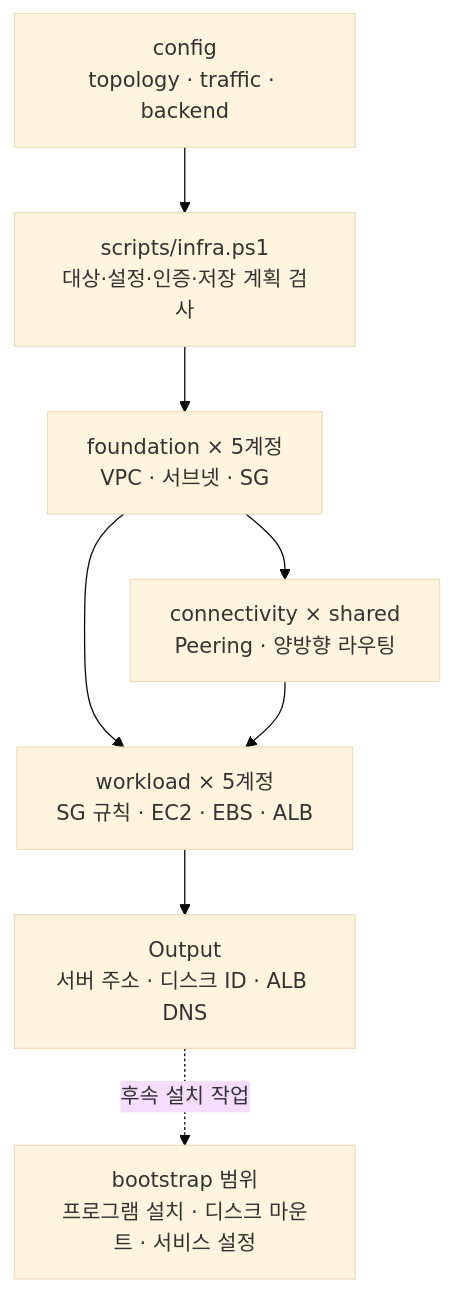
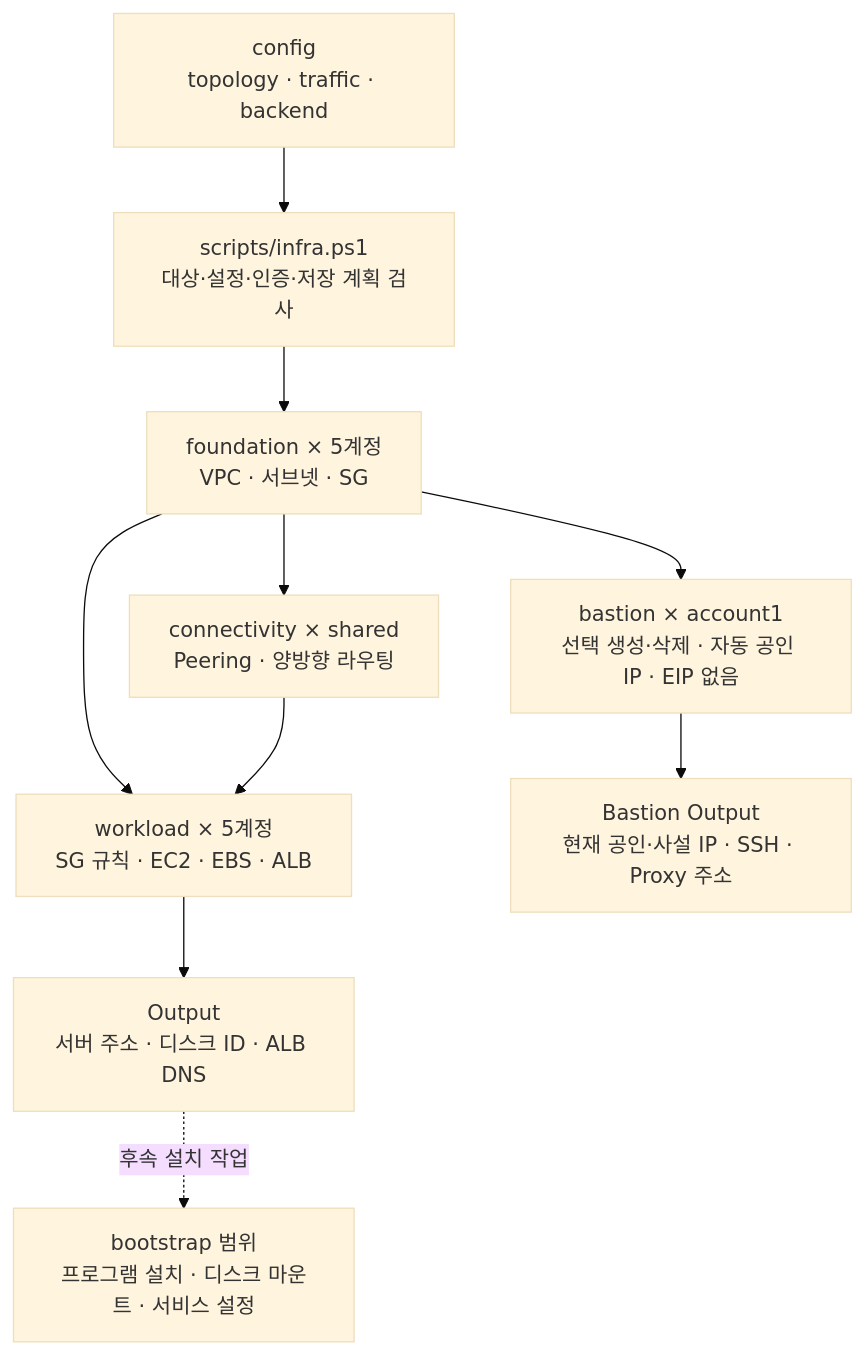
Before and after one commit to encore-ai-campus/mlo-01-p3-team2: the diagram in aws-infra/docs/infra-routing/ROUTING-README.md, drawn with Mermaid (base theme). The commit also changed other lines of this file and 214 other files, not shown here.

````diff
--- a/aws-infra/docs/infra-routing/ROUTING-README.md
+++ b/aws-infra/docs/infra-routing/ROUTING-README.md
@@ -34,10 +43,12 @@
 ```mermaid
 flowchart TB
     CONFIG["config<br/>topology · traffic · backend"] --> RUNNER["scripts/infra.ps1<br/>대상·설정·인증·저장 계획 검사"]
     RUNNER --> F["foundation × 5계정<br/>VPC · 서브넷 · SG"]
     F --> C["connectivity × shared<br/>Peering · 양방향 라우팅"]
     F --> W["workload × 5계정<br/>SG 규칙 · EC2 · EBS · ALB"]
     C --> W
+    F --> BS["bastion × account1<br/>선택 생성·삭제 · 자동 공인 IP · EIP 없음"]
+    BS --> BO["Bastion Output<br/>현재 공인·사설 IP · SSH · Proxy 주소"]
     W --> O["Output<br/>서버 주소 · 디스크 ID · ALB DNS"]
     O -. "후속 설치 작업" .-> B["bootstrap 범위<br/>프로그램 설치 · 디스크 마운트 · 서비스 설정"]
 ```
````
